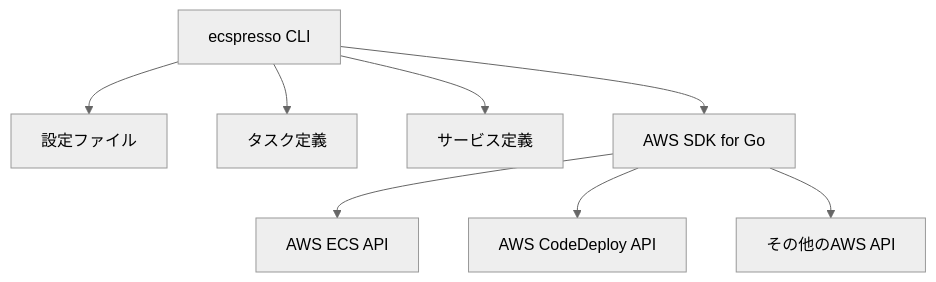
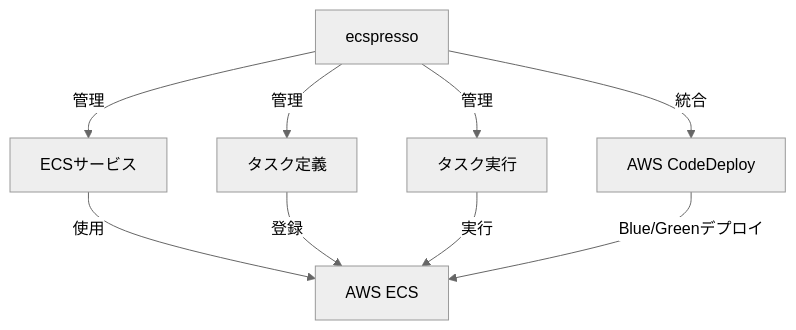
The first of 2 diagrams in ecspresso/introduction/about.md (bufferings/devin-docs), drawn with Mermaid (neutral theme) before and after one commit. The commit also changed other lines of this file and 29 other files, not shown here.

````diff
--- a/ecspresso/introduction/about.md
+++ b/ecspresso/introduction/about.md
@@ -26,10 +17,11 @@
 ```mermaid
 graph TD
-    A[ecspresso CLI] --> B[設定ファイル]
-    A --> C[タスク定義]
-    A --> D[サービス定義]
-    A --> E[AWS SDK for Go]
-    E --> F[AWS ECS API]
-    E --> G[AWS CodeDeploy API]
-    E --> H[その他のAWS API]
+    A[ecspresso] -->|管理| B[ECSサービス]
+    A -->|管理| C[タスク定義]
+    A -->|管理| D[タスク実行]
+    B -->|使用| E[AWS ECS]
+    C -->|登録| E
+    D -->|実行| E
+    A -->|統合| F[AWS CodeDeploy]
+    F -->|Blue/Greenデプロイ| E
 ```
````
